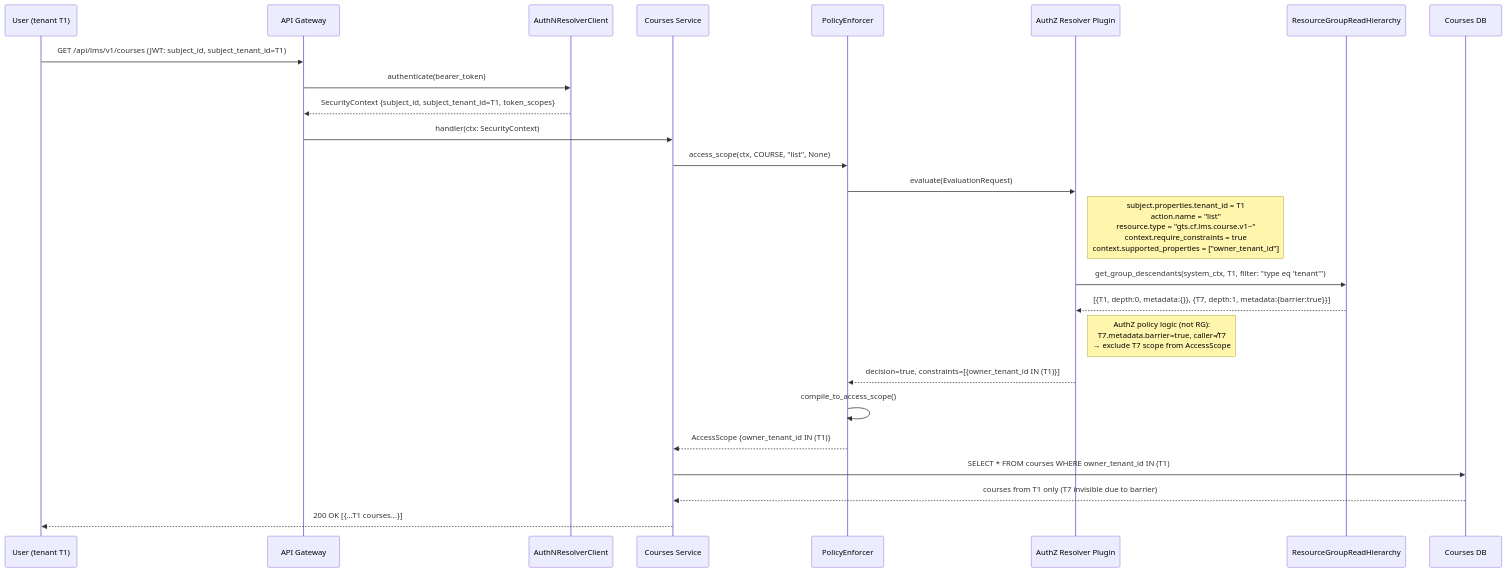
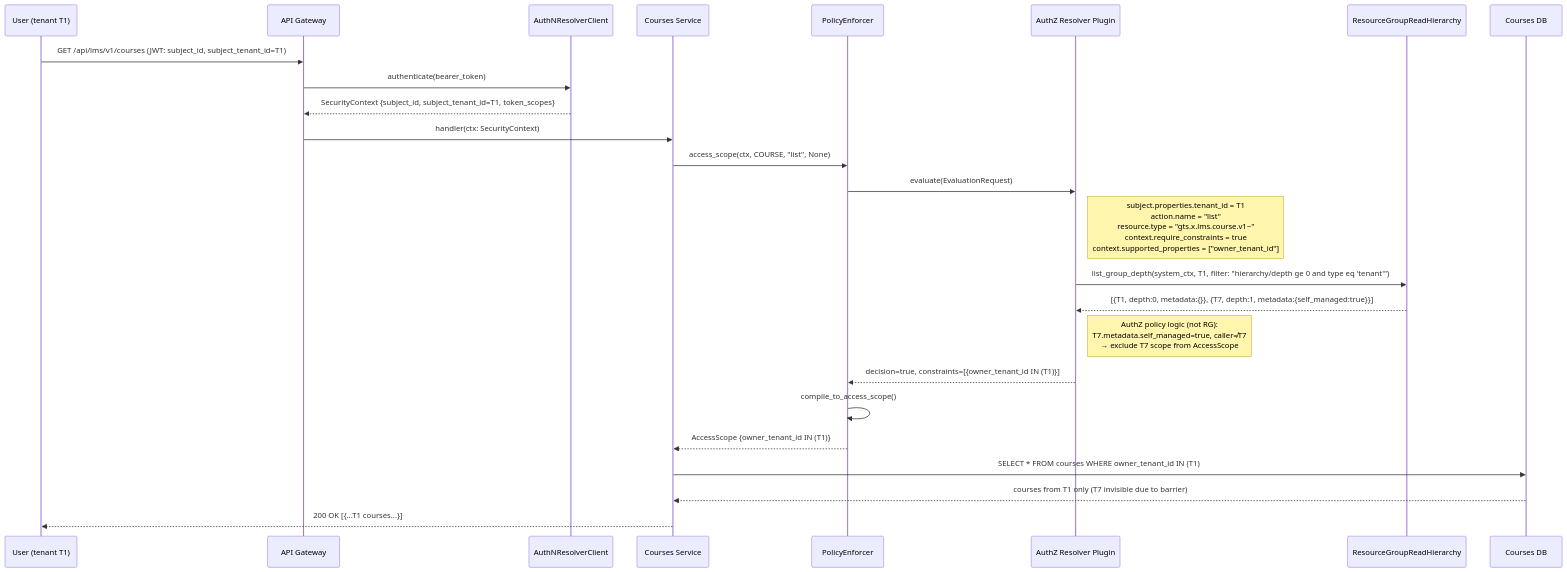
Before and after one commit to constructorfabric/gears-rust: the fifth of 8 diagrams in modules/system/resource-group/docs/DESIGN.md, drawn with Mermaid. The commit also changed other lines of this file and 36 other files, not shown here.

Commit message:
feat(resource-group): REST API and server wiring

````diff
--- a/modules/system/resource-group/docs/DESIGN.md
+++ b/modules/system/resource-group/docs/DESIGN.md
@@ -830,32 +792,32 @@
 ```mermaid
 sequenceDiagram
     participant U as User (tenant T1)
     participant GW as API Gateway
     participant AN as AuthNResolverClient
     participant CS as Courses Service
     participant PE as PolicyEnforcer
     participant AZ as AuthZ Resolver Plugin
     participant RG as ResourceGroupReadHierarchy
     participant DB as Courses DB
 
     U->>GW: GET /api/lms/v1/courses (JWT: subject_id, subject_tenant_id=T1)
     GW->>AN: authenticate(bearer_token)
     AN-->>GW: SecurityContext {subject_id, subject_tenant_id=T1, token_scopes}
     GW->>CS: handler(ctx: SecurityContext)
 
     CS->>PE: access_scope(ctx, COURSE, "list", None)
     PE->>AZ: evaluate(EvaluationRequest)
-    Note right of AZ: subject.properties.tenant_id = T1<br/>action.name = "list"<br/>resource.type = "gts.cf.lms.course.v1~"<br/>context.require_constraints = true<br/>context.supported_properties = ["owner_tenant_id"]
+    Note right of AZ: subject.properties.tenant_id = T1<br/>action.name = "list"<br/>resource.type = "gts.x.lms.course.v1~"<br/>context.require_constraints = true<br/>context.supported_properties = ["owner_tenant_id"]
 
-    AZ->>RG: get_group_descendants(system_ctx, T1, filter: "type eq 'tenant'")
-    RG-->>AZ: [{T1, depth:0, metadata:{}}, {T7, depth:1, metadata:{barrier:true}}]
-    Note right of AZ: AuthZ policy logic (not RG):<br/>T7.metadata.barrier=true, caller≠T7<br/>→ exclude T7 scope from AccessScope
+    AZ->>RG: list_group_depth(system_ctx, T1, filter: "hierarchy/depth ge 0 and type eq 'tenant'")
+    RG-->>AZ: [{T1, depth:0, metadata:{}}, {T7, depth:1, metadata:{self_managed:true}}]
+    Note right of AZ: AuthZ policy logic (not RG):<br/>T7.metadata.self_managed=true, caller≠T7<br/>→ exclude T7 scope from AccessScope
 
     AZ-->>PE: decision=true, constraints=[{owner_tenant_id IN (T1)}]
     PE->>PE: compile_to_access_scope()
     PE-->>CS: AccessScope {owner_tenant_id IN (T1)}
 
     CS->>DB: SELECT * FROM courses WHERE owner_tenant_id IN (T1)
     DB-->>CS: courses from T1 only (T7 invisible due to barrier)
     CS-->>U: 200 OK [{...T1 courses...}]
 ```
````
